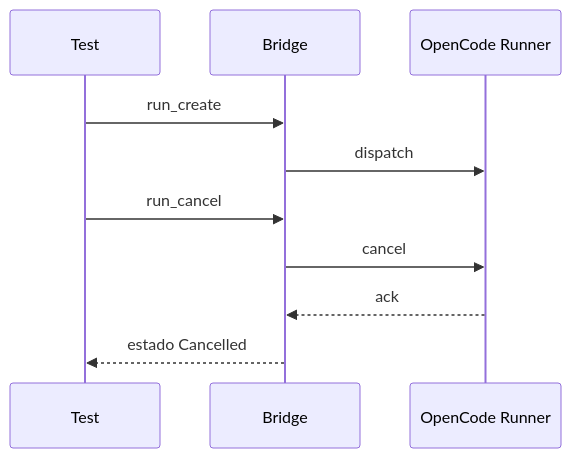
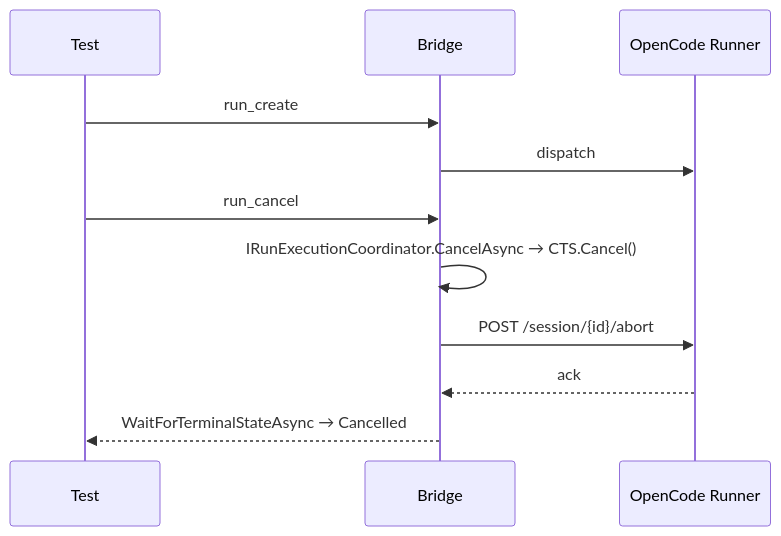
One commit to vitorvaf/odysseus-coding-agent-bridge changed the third of 4 diagrams in docs/testing/acceptance-tests.md. Above: the diagram before and after it, drawn with Mermaid. The commit also changed other lines of this file and 12 other files, not shown here.

````diff
--- a/docs/testing/acceptance-tests.md
+++ b/docs/testing/acceptance-tests.md
@@ -56,12 +68,13 @@
 ```mermaid
 sequenceDiagram
     participant T as Test
     participant B as Bridge
     participant O as OpenCode Runner
     T->>B: run_create
     B->>O: dispatch
     T->>B: run_cancel
-    B->>O: cancel
+    B->>B: IRunExecutionCoordinator.CancelAsync → CTS.Cancel()
+    B->>O: POST /session/{id}/abort
     O-->>B: ack
-    B-->>T: estado Cancelled
+    B-->>T: WaitForTerminalStateAsync → Cancelled
 ```
````
